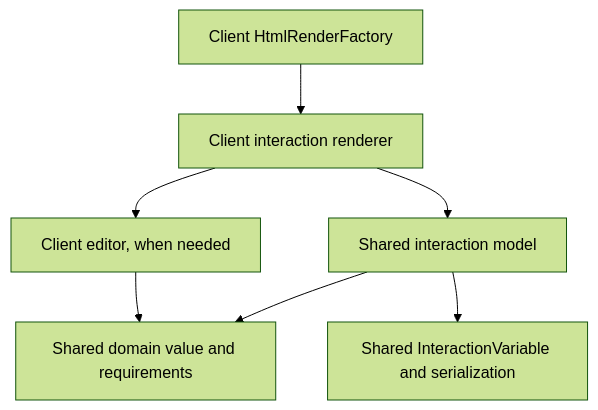
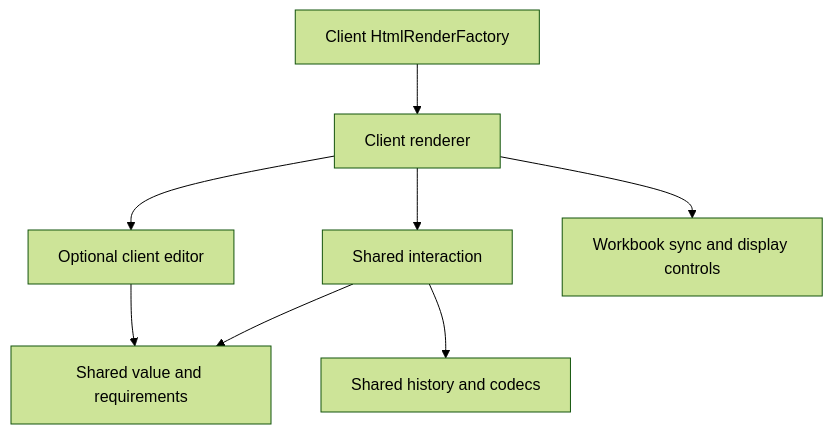
The diagram in docs/workbook-interaction-architecture.md (greubela/edusquirrel-workbook), drawn with Mermaid (forest theme) before and after one commit. The commit also changed other lines of this file and 17 other files, not shown here.

Commit message:
Document current architecture decisions and remove obsolete guidance

````diff
--- a/docs/workbook-interaction-architecture.md
+++ b/docs/workbook-interaction-architecture.md
@@ -18,9 +26,10 @@
 ```mermaid
 flowchart TD
-    F[Client HtmlRenderFactory] --> R[Client interaction renderer]
-    R --> I[Shared interaction model]
-    R --> E[Client editor, when needed]
-    I --> V[Shared domain value and requirements]
-    I --> S[Shared InteractionVariable and serialization]
+    F[Client HtmlRenderFactory] --> R[Client renderer]
+    R --> I[Shared interaction]
+    R --> E[Optional client editor]
+    I --> V[Shared value and requirements]
+    I --> H[Shared history and codecs]
     E --> V
+    R --> S[Workbook sync and display controls]
 ```
````
